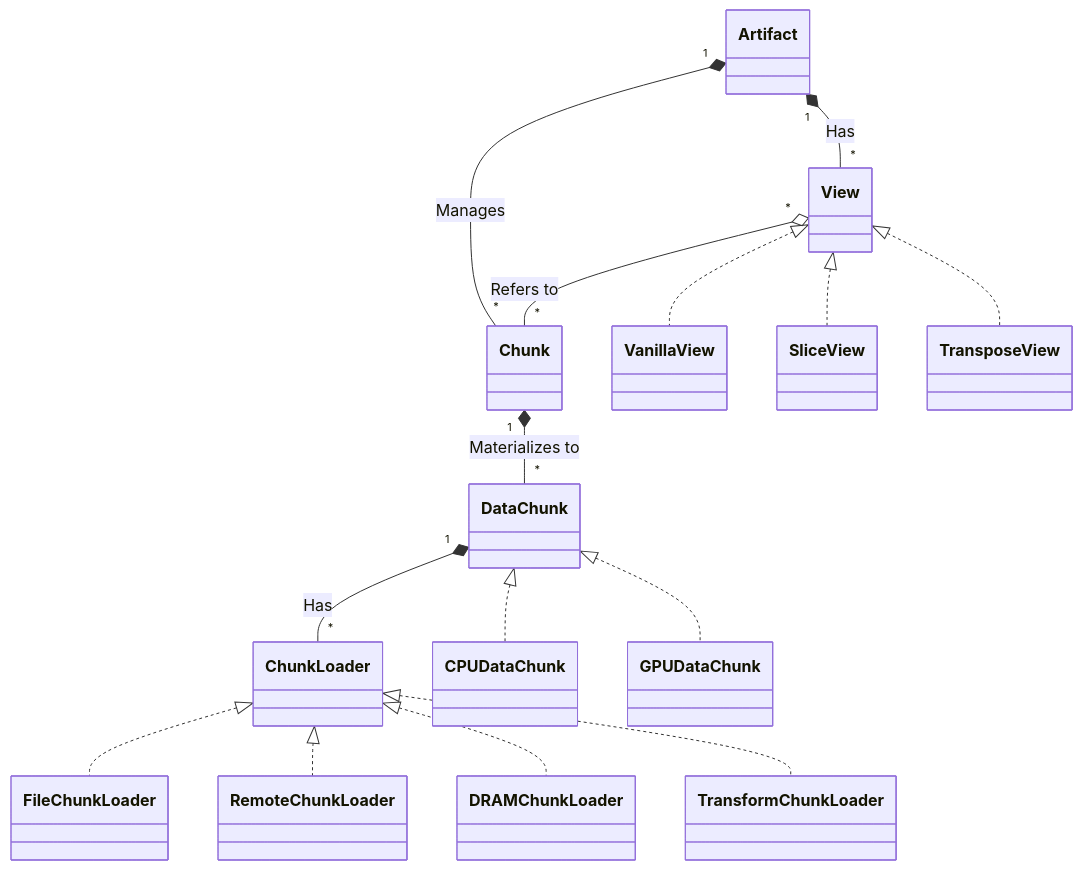
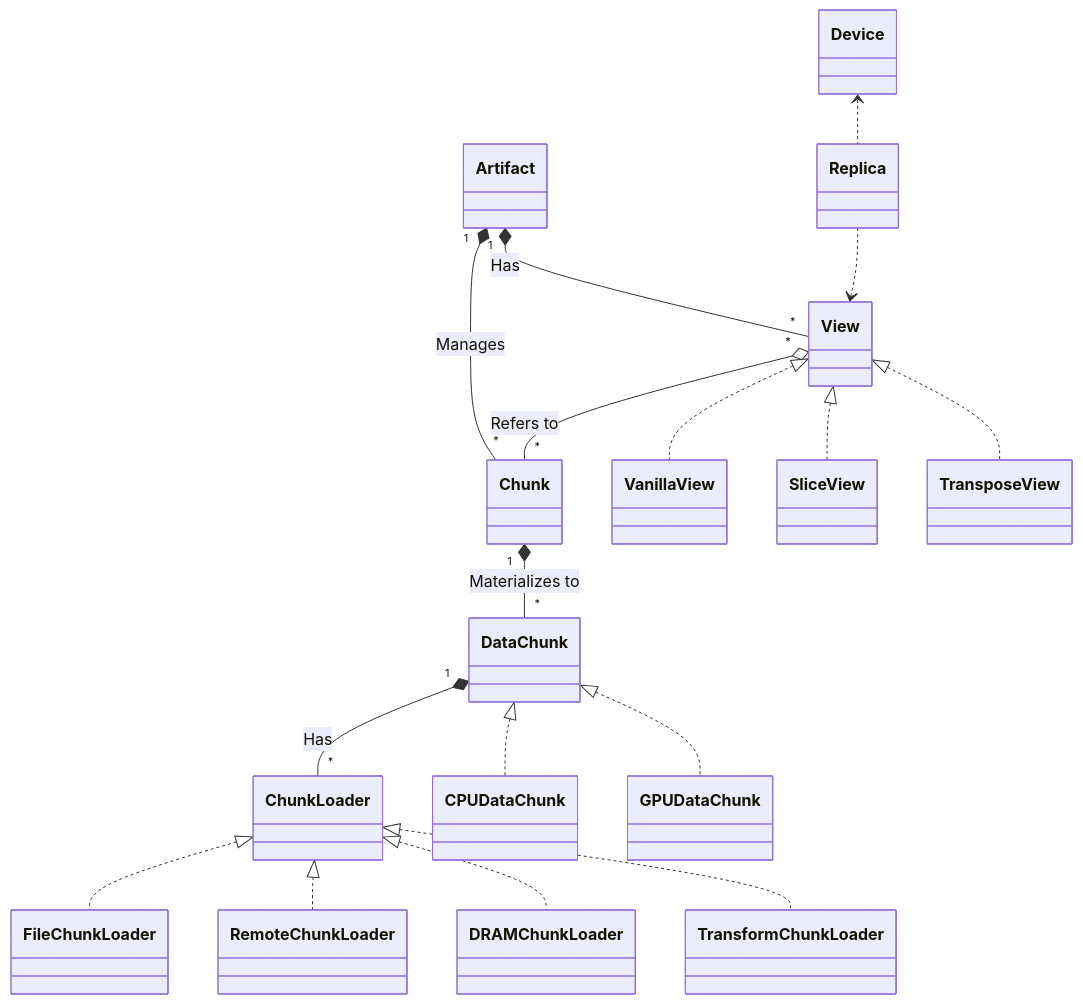
The diagram in core/local/doc/architecture.md (tensorcast-ai/tensorcast), drawn with Mermaid before and after one commit. The commit also changed other lines of this file and 25 other files, not shown here.

````diff
--- a/core/local/doc/architecture.md
+++ b/core/local/doc/architecture.md
@@ -13,20 +14,23 @@
 ```mermaid
 classDiagram
   Artifact "1"*--"*" View: Has
   Artifact "1"*--"*" Chunk: Manages
   Chunk "1"*--"*" DataChunk: Materializes to
   View "*"o--"*" Chunk: Refers to
   DataChunk "1"*--"*" ChunkLoader: Has
 
   DataChunk <|.. CPUDataChunk
   DataChunk <|.. GPUDataChunk
 
   ChunkLoader <|.. FileChunkLoader
   ChunkLoader <|.. RemoteChunkLoader
   ChunkLoader <|.. DRAMChunkLoader
   ChunkLoader <|.. TransformChunkLoader
 
   View <|.. VanillaView
   View <|.. SliceView
   View <|.. TransposeView
+
+  Replica ..> View
+  Device <.. Replica
 ```
````
